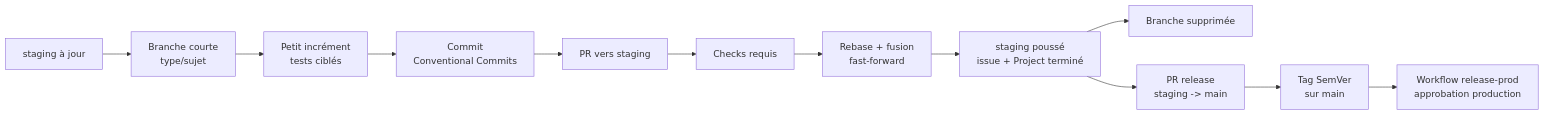
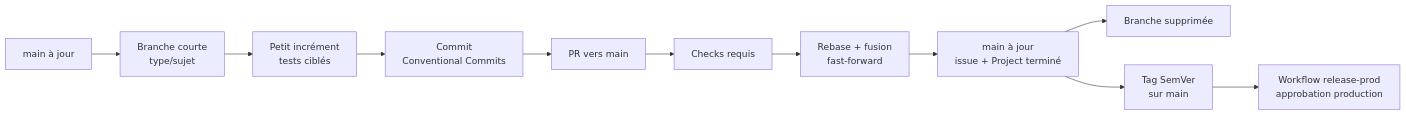
The diagram in docs/engineering/CONTRIBUTION_WORKFLOW.md (Ange230700/kraak-consulting), drawn with Mermaid before and after one commit. The commit also changed other lines of this file and 73 other files, not shown here.

````diff
--- a/docs/engineering/CONTRIBUTION_WORKFLOW.md
+++ b/docs/engineering/CONTRIBUTION_WORKFLOW.md
@@ -275,19 +275,18 @@
 ```mermaid
 flowchart LR
-    staging["staging à jour"]
+    main["main à jour"]
     branch["Branche courte<br/>type/sujet"]
     work["Petit incrément<br/>tests ciblés"]
     commit["Commit<br/>Conventional Commits"]
-    pr["PR vers staging"]
+    pr["PR vers main"]
     checks["Checks requis"]
     ff["Rebase + fusion<br/>fast-forward"]
-    done["staging poussé<br/>issue + Project terminé"]
+    done["main à jour<br/>issue + Project terminé"]
     cleanup["Branche supprimée"]
 
-    releasePr["PR release<br/>staging -> main"]
     tag["Tag SemVer<br/>sur main"]
     prod["Workflow release-prod<br/>approbation production"]
 
-    staging --> branch --> work --> commit --> pr --> checks --> ff --> done --> cleanup
-    done --> releasePr --> tag --> prod
+    main --> branch --> work --> commit --> pr --> checks --> ff --> done --> cleanup
+    done --> tag --> prod
 ```
````
